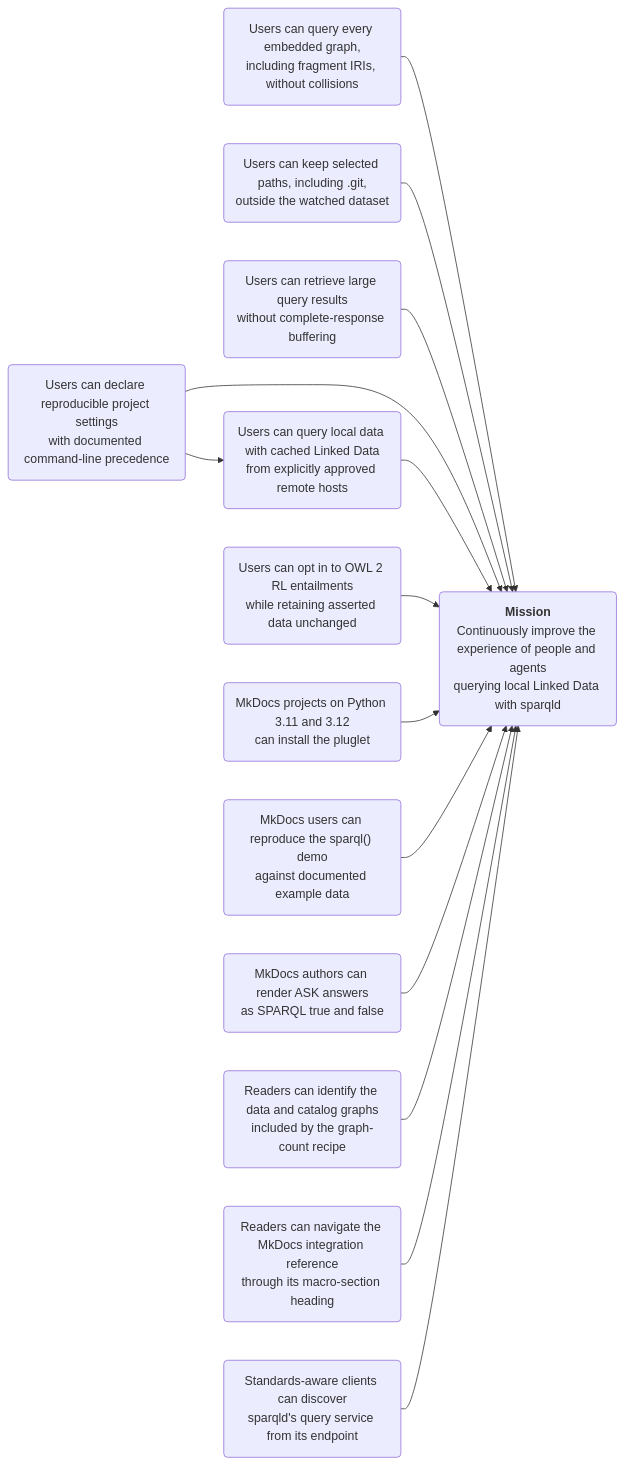
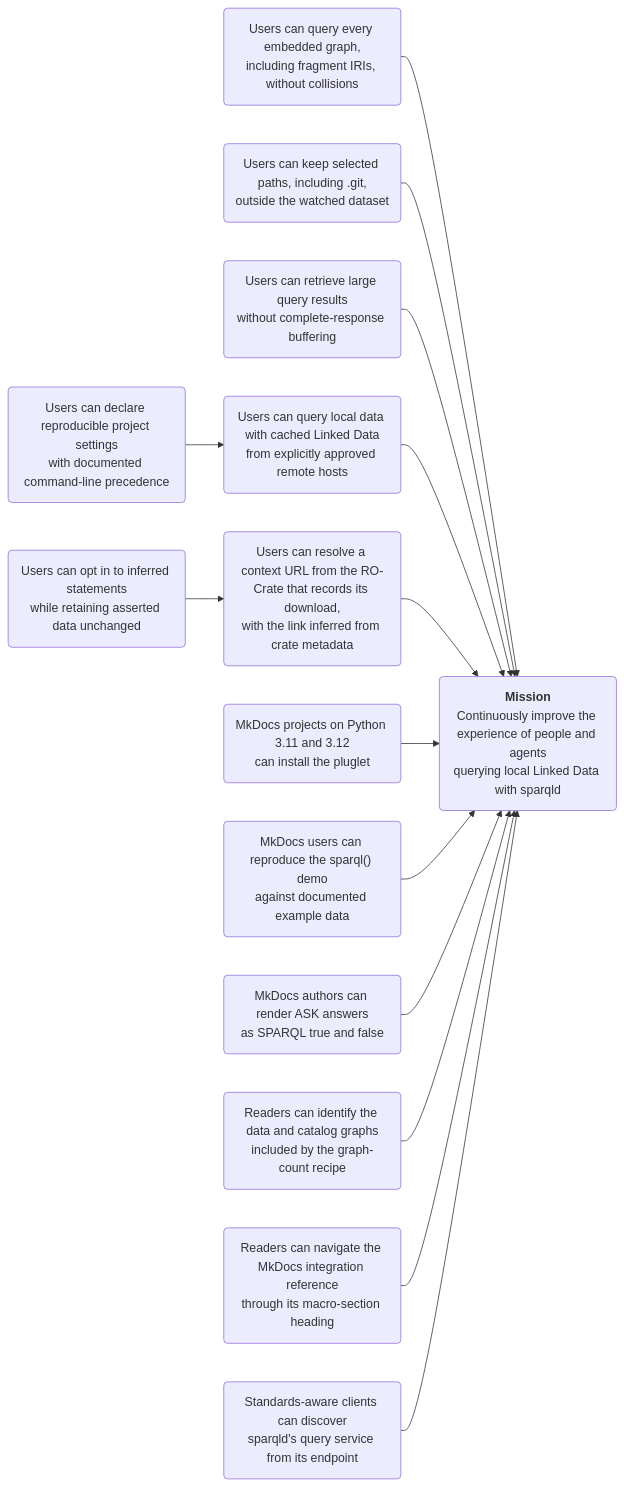
The diagram in docs/project/roadmap.md (iolanta-tech/sparqld), drawn with Mermaid before and after one commit. The commit also changed other lines of this file and 65 other files, not shown here.

First line of the commit message:
Link context bodies with `defines-context` and embed a built-in context (#40)

````diff
--- a/docs/project/roadmap.md
+++ b/docs/project/roadmap.md
@@ -22,31 +22,32 @@
 ```mermaid
 flowchart LR
     fragments("Users can query every embedded graph,<br/>including fragment IRIs, without collisions")
     exclusions("Users can keep selected paths, including .git,<br/>outside the watched dataset")
     streaming("Users can retrieve large query results<br/>without complete-response buffering")
     configuration("Users can declare reproducible project settings<br/>with documented command-line precedence")
     remote("Users can query local data with cached Linked Data<br/>from explicitly approved remote hosts")
-    reasoning("Users can opt in to OWL 2 RL entailments<br/>while retaining asserted data unchanged")
+    reasoning("Users can opt in to inferred statements<br/>while retaining asserted data unchanged")
+    crateContexts("Users can resolve a context URL from the RO-Crate that records its download,<br/>with the link inferred from crate metadata")
     python("MkDocs projects on Python 3.11 and 3.12<br/>can install the pluglet")
     demo("MkDocs users can reproduce the sparql() demo<br/>against documented example data")
     ask("MkDocs authors can render ASK answers<br/>as SPARQL true and false")
     graphCounts("Readers can identify the data and catalog graphs<br/>included by the graph-count recipe")
     heading("Readers can navigate the MkDocs integration reference<br/>through its macro-section heading")
     discovery("Standards-aware clients can discover<br/>sparqld's query service from its endpoint")
     mission("<strong>Mission</strong><br/>Continuously improve the experience of people and agents<br/>querying local Linked Data with sparqld")
 
     configuration --> remote
+    reasoning --> crateContexts
 
     fragments --> mission
     exclusions --> mission
     streaming --> mission
-    configuration --> mission
     remote --> mission
-    reasoning --> mission
+    crateContexts --> mission
     python --> mission
     demo --> mission
     ask --> mission
     graphCounts --> mission
     heading --> mission
     discovery --> mission
 ```
````
